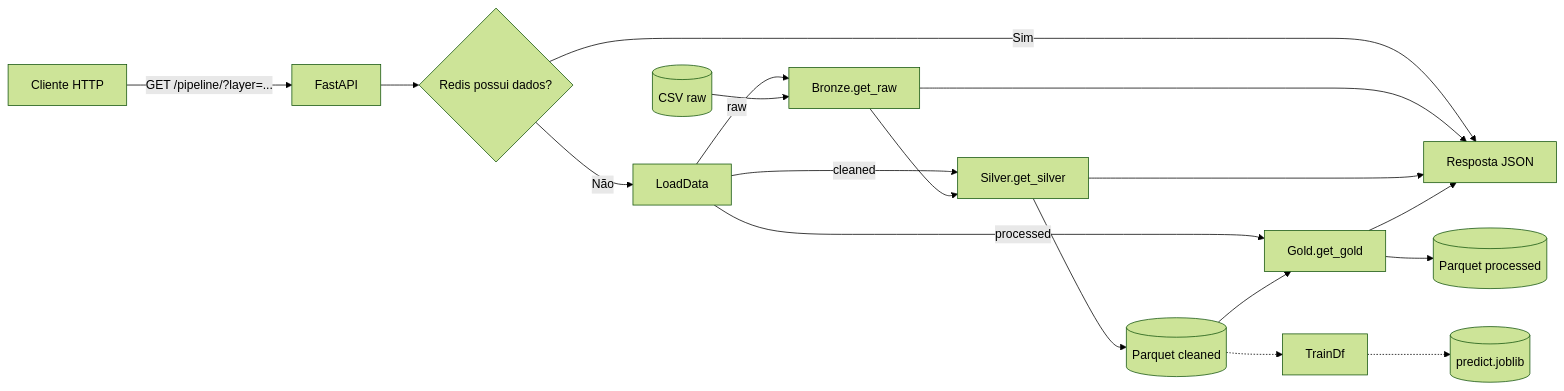
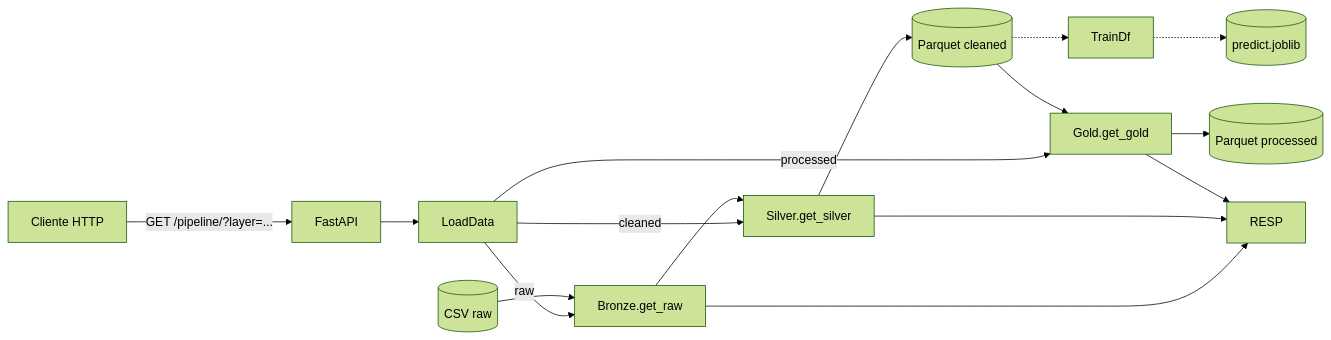
Before and after one commit to BrayanDevZN/AnaliseLeite: the diagram in README.md, drawn with Mermaid (forest theme). The commit also changed other lines of this file and 9 other files, not shown here.

````diff
--- a/README.md
+++ b/README.md
@@ -68,24 +66,22 @@
 ```mermaid
 flowchart LR
     U[Cliente HTTP] -->|GET /pipeline/?layer=...| API[FastAPI]
-    API --> CACHE{Redis possui dados?}
-    CACHE -->|Sim| RESP[Resposta JSON]
-    CACHE -->|Não| LOAD[LoadData]
+    API --> LOAD[LoadData]
 
     LOAD -->|raw| BRONZE[Bronze.get_raw]
     LOAD -->|cleaned| SILVER[Silver.get_silver]
     LOAD -->|processed| GOLD[Gold.get_gold]
 
     RAW[(CSV raw)] --> BRONZE
     BRONZE --> SILVER
     SILVER --> CLEAN[(Parquet cleaned)]
     CLEAN --> GOLD
     GOLD --> PROCESSED[(Parquet processed)]
 
     BRONZE --> RESP
     SILVER --> RESP
     GOLD --> RESP
 
     CLEAN -.-> TRAIN[TrainDf]
     TRAIN -.-> MODEL[(predict.joblib)]
 ```
````
